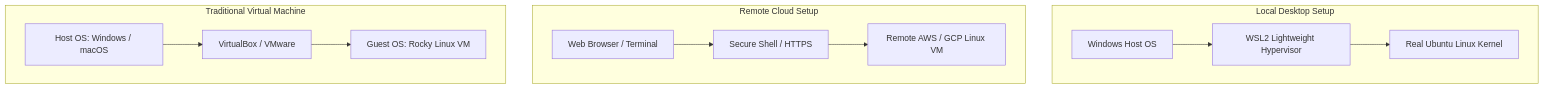
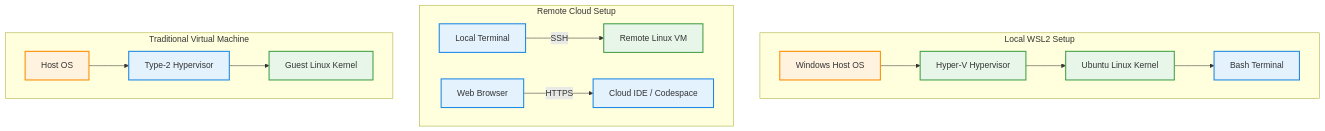
One commit to aloysiuspattath/platform-engineering-ai-course changed the diagram in courses/platform-engineering/modules/module-01/lesson-04.md. Above: the diagram before and after it, drawn with Mermaid. The commit also changed 114 other files, not shown here.

Commit message:
refactor: massive swarm diagram review enforcing architectural layers and strict color palette

````diff
--- a/courses/platform-engineering/modules/module-01/lesson-04.md
+++ b/courses/platform-engineering/modules/module-01/lesson-04.md
@@ -76,17 +76,22 @@
 ```mermaid
 flowchart TD
-    subgraph LocalSetup [Local Desktop Setup]
-        WIN[Windows Host OS] --> WSL[WSL2 Lightweight Hypervisor]
-        WSL --> LIN_WSL[Real Ubuntu Linux Kernel]
+    classDef userSpace fill:#e3f2fd,stroke:#1e88e5,stroke-width:2px;
+    classDef kernelSpace fill:#e8f5e9,stroke:#43a047,stroke-width:2px;
+    classDef hardware fill:#fff3e0,stroke:#fb8c00,stroke-width:2px;
+
+    subgraph LocalSetup [Local WSL2 Setup]
+        WIN[Windows Host OS]:::hardware --> WSL[Hyper-V Hypervisor]:::kernelSpace
+        WSL --> LIN_WSL[Ubuntu Linux Kernel]:::kernelSpace
+        LIN_WSL --> BASH[Bash Terminal]:::userSpace
     end
 
     subgraph CloudSetup [Remote Cloud Setup]
-        BROWSER[Web Browser / Terminal] --> SSH[Secure Shell / HTTPS]
-        SSH --> CLOUD_VM[Remote AWS / GCP Linux VM]
+        TERM[Local Terminal]:::userSpace -- SSH --> CLOUD_VM[Remote Linux VM]:::kernelSpace
+        BROWSER[Web Browser]:::userSpace -- HTTPS --> WEB_IDE[Cloud IDE / Codespace]:::userSpace
     end
 
     subgraph DesktopVM [Traditional Virtual Machine]
-        HOST[Host OS: Windows / macOS] --> HYP[VirtualBox / VMware]
-        HYP --> GUEST[Guest OS: Rocky Linux VM]
+        HOST[Host OS]:::hardware --> HYP[Type-2 Hypervisor]:::userSpace
+        HYP --> GUEST_KERN[Guest Linux Kernel]:::kernelSpace
     end
 ```
````
